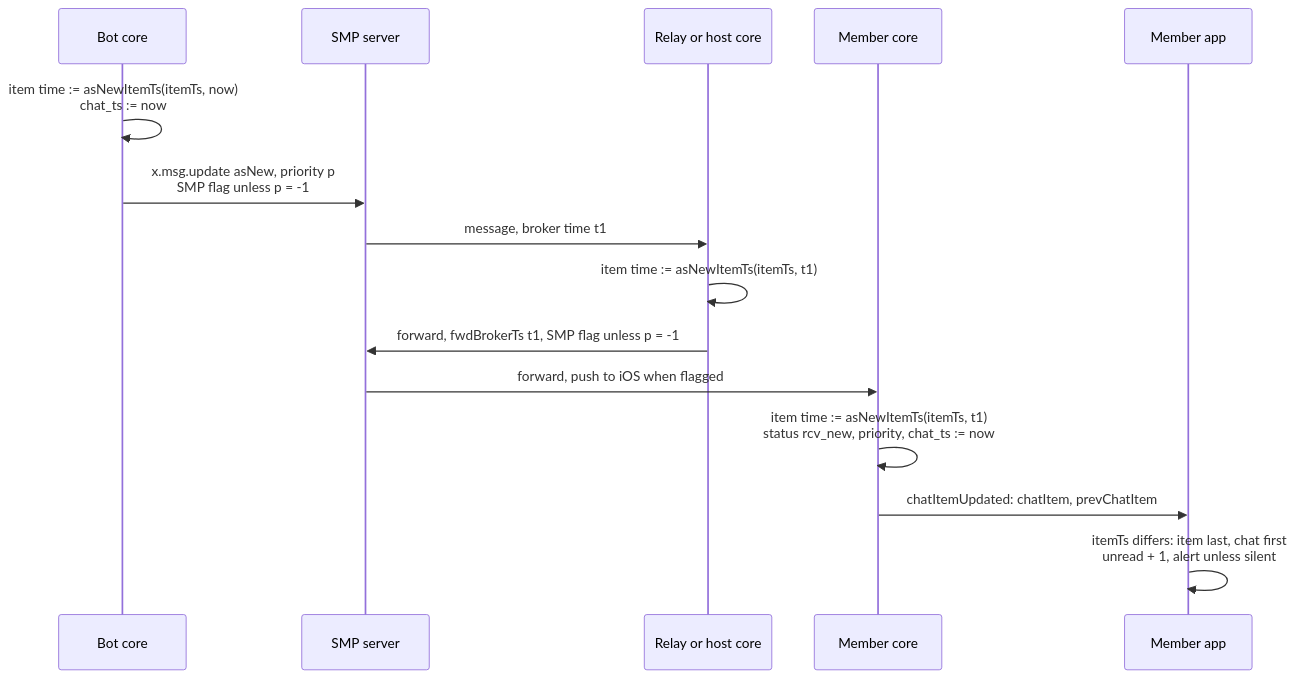
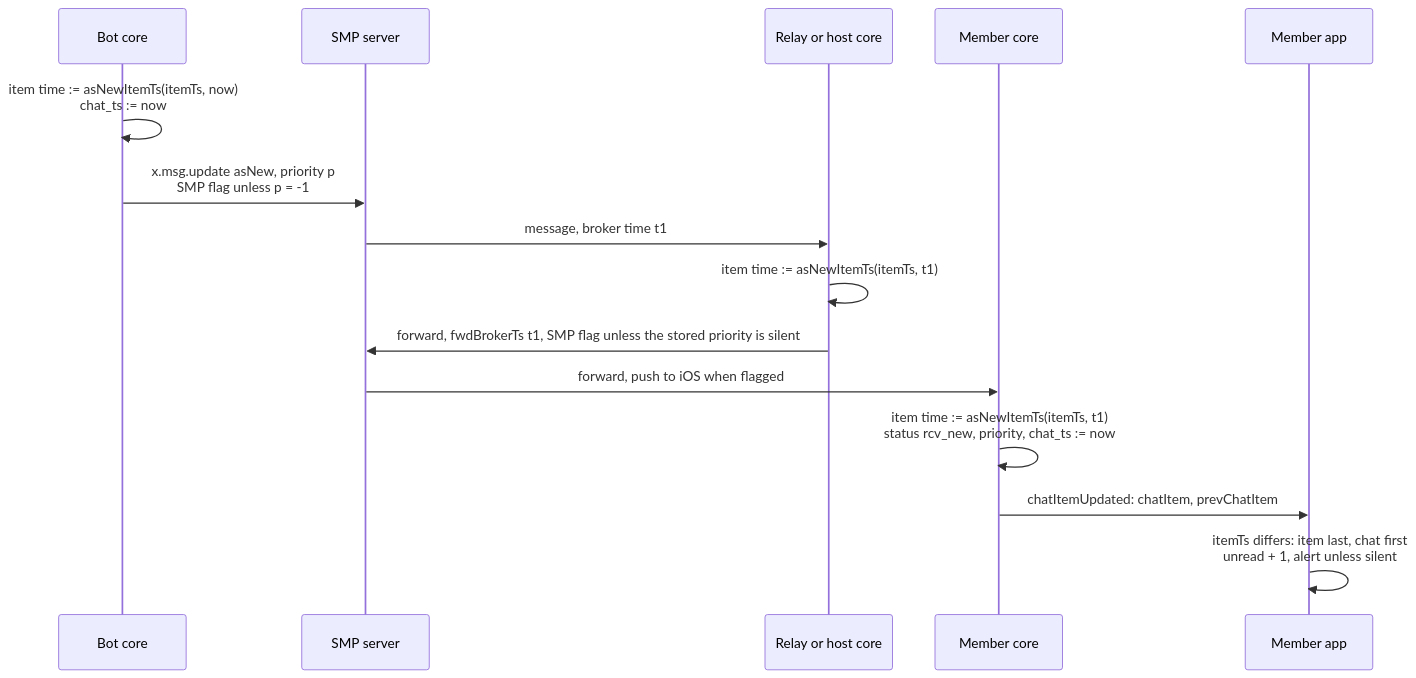
Before and after one commit to simplex-chat/simplex-chat: the second of 5 diagrams in plans/2026-11-21-update-as-new.md, drawn with Mermaid. The commit also changed other lines of this file, not shown here.

Commit message:
plans: updates as new with the message priority type

````diff
--- a/plans/2026-11-21-update-as-new.md
+++ b/plans/2026-11-21-update-as-new.md
@@ -141,17 +152,17 @@
 ```mermaid
 sequenceDiagram
   participant B as Bot core
   participant S as SMP server
   participant R as Relay or host core
   participant C as Member core
   participant A as Member app
   B->>B: item time := asNewItemTs(itemTs, now)<br>chat_ts := now
   B->>S: x.msg.update asNew, priority p<br>SMP flag unless p = -1
   S->>R: message, broker time t1
   R->>R: item time := asNewItemTs(itemTs, t1)
-  R->>S: forward, fwdBrokerTs t1, SMP flag unless p = -1
+  R->>S: forward, fwdBrokerTs t1, SMP flag unless the stored priority is silent
   S->>C: forward, push to iOS when flagged
   C->>C: item time := asNewItemTs(itemTs, t1)<br>status rcv_new, priority, chat_ts := now
   C->>A: chatItemUpdated: chatItem, prevChatItem
   A->>A: itemTs differs: item last, chat first<br>unread + 1, alert unless silent
 ```
````
